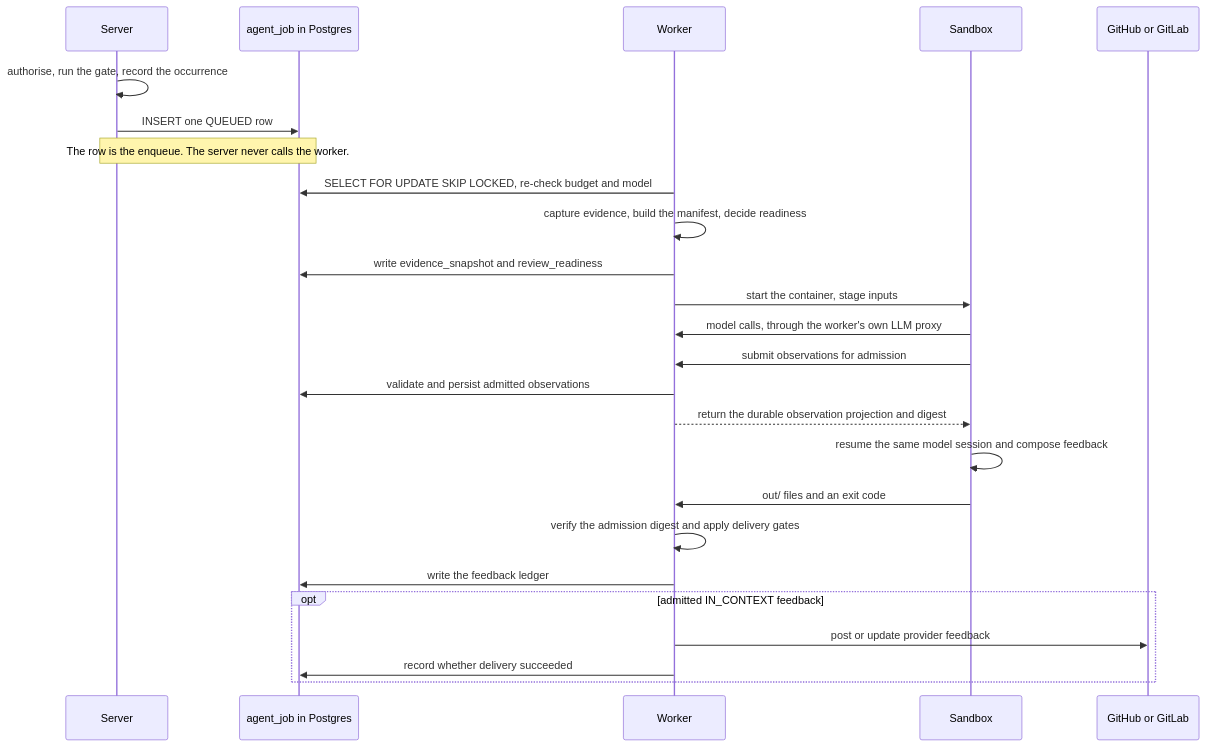
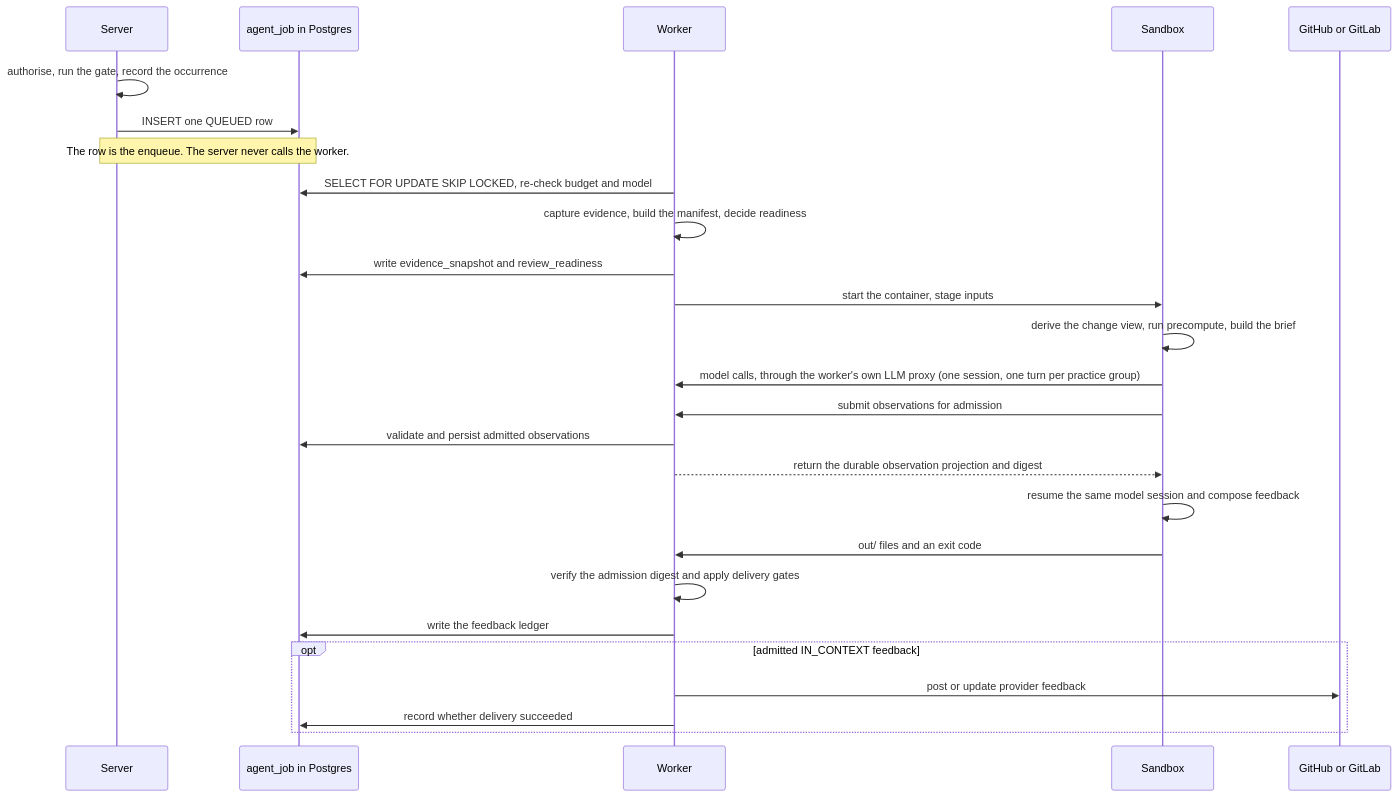
Before and after one commit to hephaestus-build/Hephaestus: the diagram in docs/contributor/practice-review-runtime.mdx, drawn with Mermaid. The commit also changed other lines of this file and 39 other files, not shown here.

````diff
--- a/docs/contributor/practice-review-runtime.mdx
+++ b/docs/contributor/practice-review-runtime.mdx
@@ -19,29 +19,30 @@
 ```mermaid
 sequenceDiagram
     accTitle: Practice review execution across server, worker, sandbox, and provider
     accDescr: The server queues a job, the worker captures evidence, Java admits sandbox observations, the same model session composes feedback, and eligible public feedback reaches the provider.
     participant S as Server
     participant DB as agent_job in Postgres
     participant W as Worker
     participant SB as Sandbox
     participant SCM as GitHub or GitLab
     S->>S: authorise, run the gate, record the occurrence
     S->>DB: INSERT one QUEUED row
     Note over S,DB: The row is the enqueue. The server never calls the worker.
     W->>DB: SELECT FOR UPDATE SKIP LOCKED, re-check budget and model
     W->>W: capture evidence, build the manifest, decide readiness
     W->>DB: write evidence_snapshot and review_readiness
     W->>SB: start the container, stage inputs
-    SB->>W: model calls, through the worker's own LLM proxy
+    SB->>SB: derive the change view, run precompute, build the brief
+    SB->>W: model calls, through the worker's own LLM proxy (one session, one turn per practice group)
     SB->>W: submit observations for admission
     W->>DB: validate and persist admitted observations
     W-->>SB: return the durable observation projection and digest
     SB->>SB: resume the same model session and compose feedback
     SB->>W: out/ files and an exit code
     W->>W: verify the admission digest and apply delivery gates
     W->>DB: write the feedback ledger
     opt admitted IN_CONTEXT feedback
         W->>SCM: post or update provider feedback
         W->>DB: record whether delivery succeeded
     end
 ```
````
